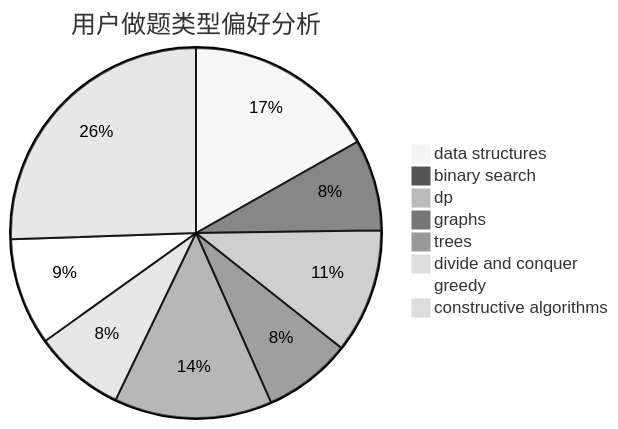
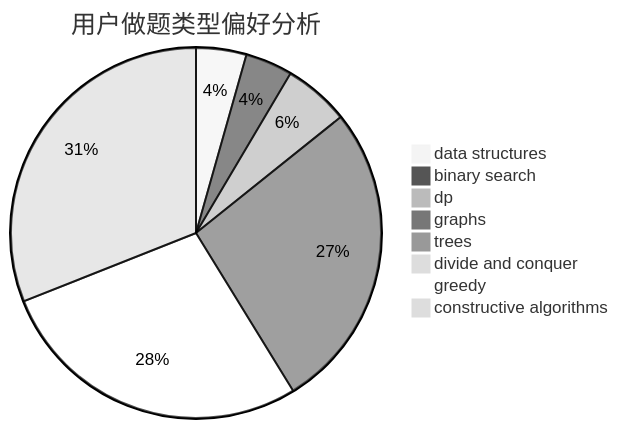
Before and after one commit to sherpahu/cfrs.github.io: the second of 3 diagrams in docs/user/u1968.md, drawn with Mermaid (neutral theme). The commit also changed other lines of this file and 2770 other files, not shown here.

````diff
--- a/docs/user/u1968.md
+++ b/docs/user/u1968.md
@@ -23,11 +23,11 @@
 ```mermaid
 pie title 用户做题类型偏好分析
-    "data structures" :  133
-    "binary search" :  63
-    "dp" :  86
-    "graphs" :  61
-    "trees" :  109
-    "divide and conquer" :  63
-    "greedy" :  74
-    "constructive algorithms" :  202
+    "data structures" :  49
+    "binary search" :  46
+    "dp" :  64
+    "graphs" :  301
+    "trees" :  6
+    "divide and conquer" :  1
+    "greedy" :  310
+    "constructive algorithms" :  346
 ```
````
